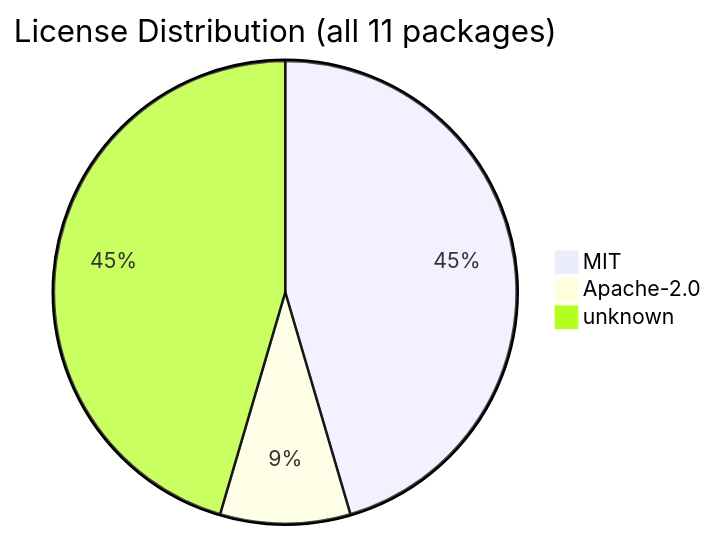
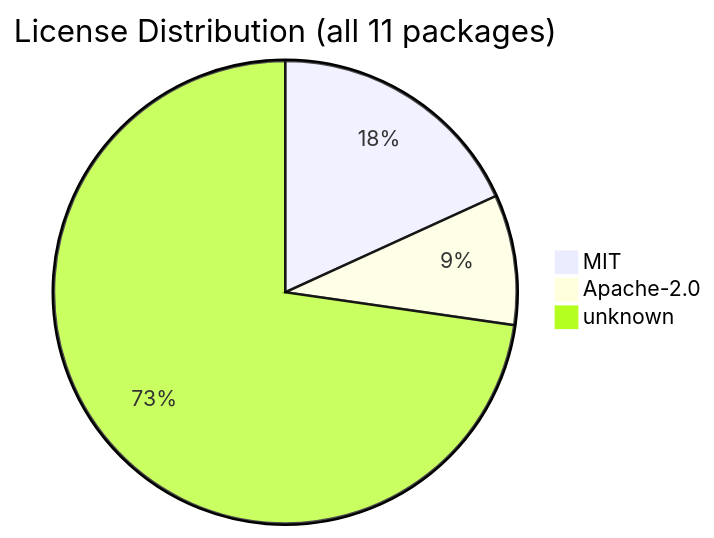
Before and after one commit to svenroth-ai/shipwright: the diagram in .shipwright/compliance/sbom.md, drawn with Mermaid. The commit also changed other lines of this file and 20 other files, not shown here.

````diff
--- a/.shipwright/compliance/sbom.md
+++ b/.shipwright/compliance/sbom.md
@@ -18,6 +18,6 @@
 ```mermaid
 pie title License Distribution (all 11 packages)
-    "MIT" : 5
+    "MIT" : 2
     "Apache-2.0" : 1
-    "unknown" : 5
+    "unknown" : 8
 ```
````
